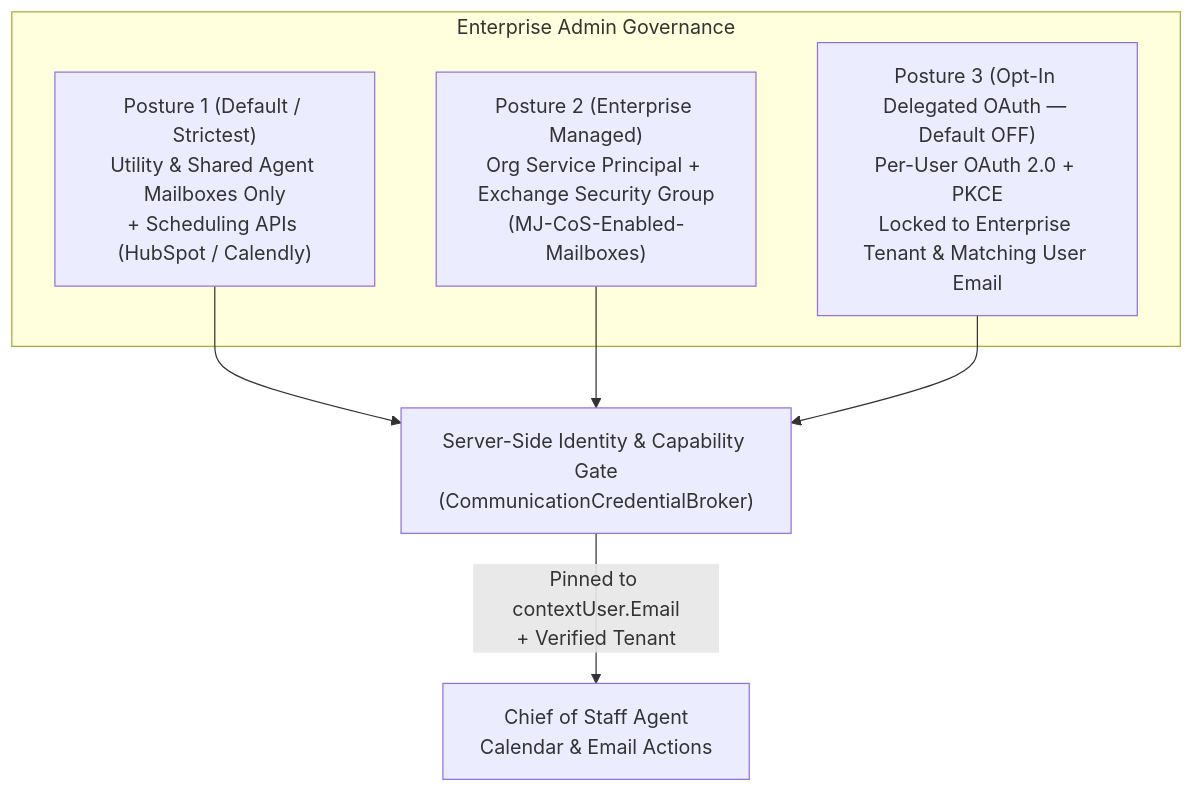
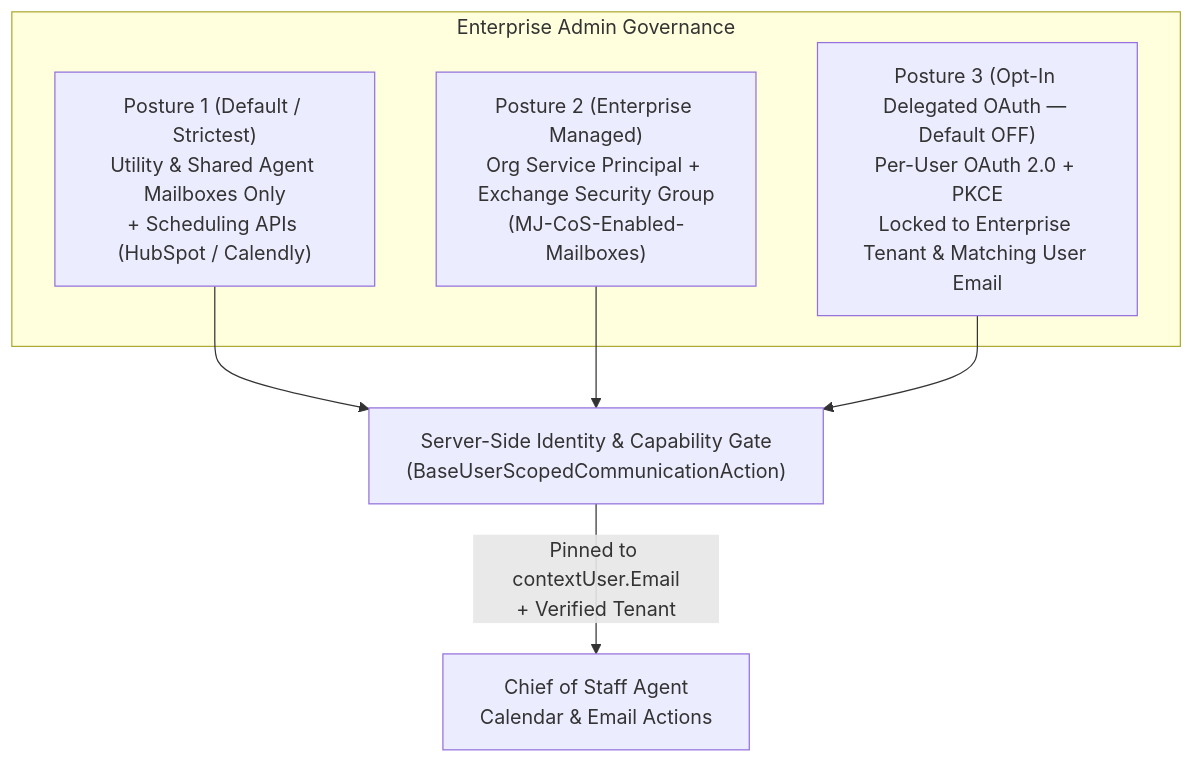
One commit to MemberJunction/MJ changed the first of 2 diagrams in guides/EMAIL_CALENDAR_AND_USER_OAUTH_INVESTIGATION.md. Above: the diagram before and after it, drawn with Mermaid. The commit also changed other lines of this file, not shown here.

````diff
--- a/guides/EMAIL_CALENDAR_AND_USER_OAUTH_INVESTIGATION.md
+++ b/guides/EMAIL_CALENDAR_AND_USER_OAUTH_INVESTIGATION.md
@@ -33,14 +302,14 @@
 ```mermaid
 flowchart TB
     subgraph AdminConfig["Enterprise Admin Governance"]
         P1["Posture 1 (Default / Strictest)\nUtility & Shared Agent Mailboxes Only\n+ Scheduling APIs (HubSpot / Calendly)"]
         P2["Posture 2 (Enterprise Managed)\nOrg Service Principal + Exchange Security Group\n(MJ-CoS-Enabled-Mailboxes)"]
         P3["Posture 3 (Opt-In Delegated OAuth — Default OFF)\nPer-User OAuth 2.0 + PKCE\nLocked to Enterprise Tenant & Matching User Email"]
     end
 
-    P1 --> Gate["Server-Side Identity & Capability Gate\n(CommunicationCredentialBroker)"]
+    P1 --> Gate["Server-Side Identity & Capability Gate\n(BaseUserScopedCommunicationAction)"]
     P2 --> Gate
     P3 --> Gate
 
     Gate -->|"Pinned to contextUser.Email\n+ Verified Tenant"| CoS["Chief of Staff Agent\nCalendar & Email Actions"]
 ```
````
